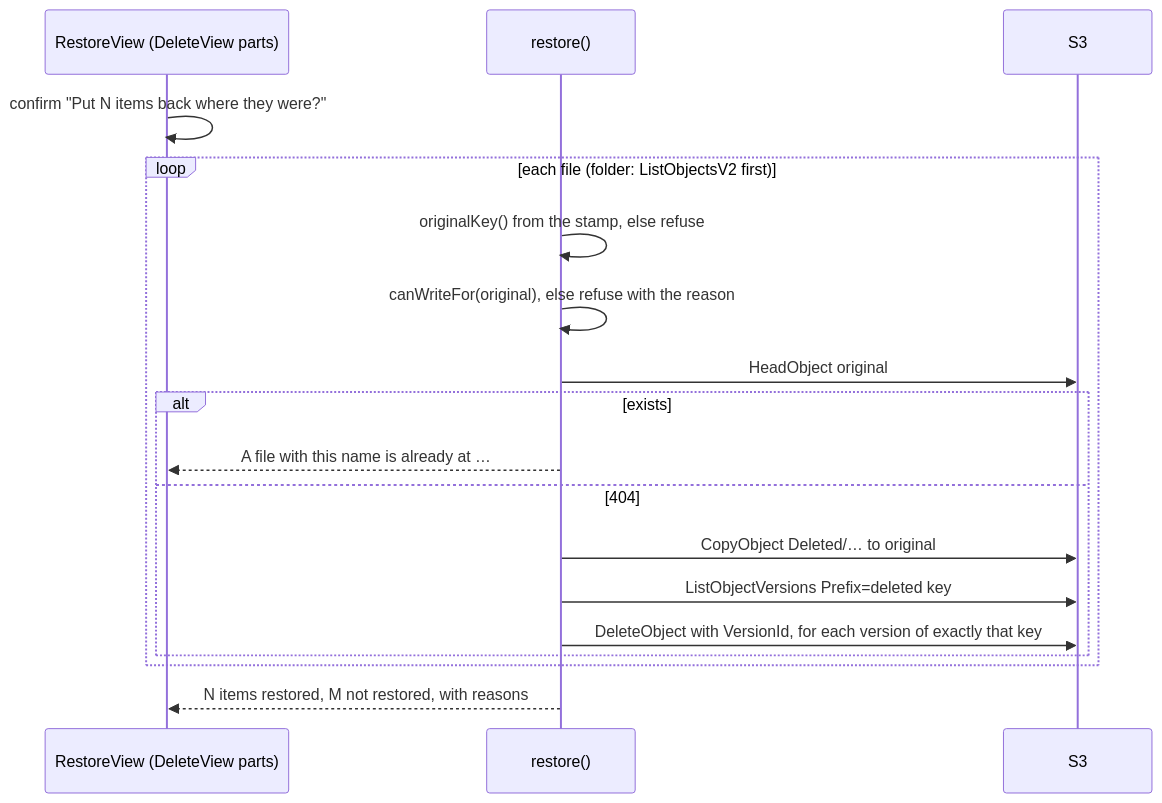
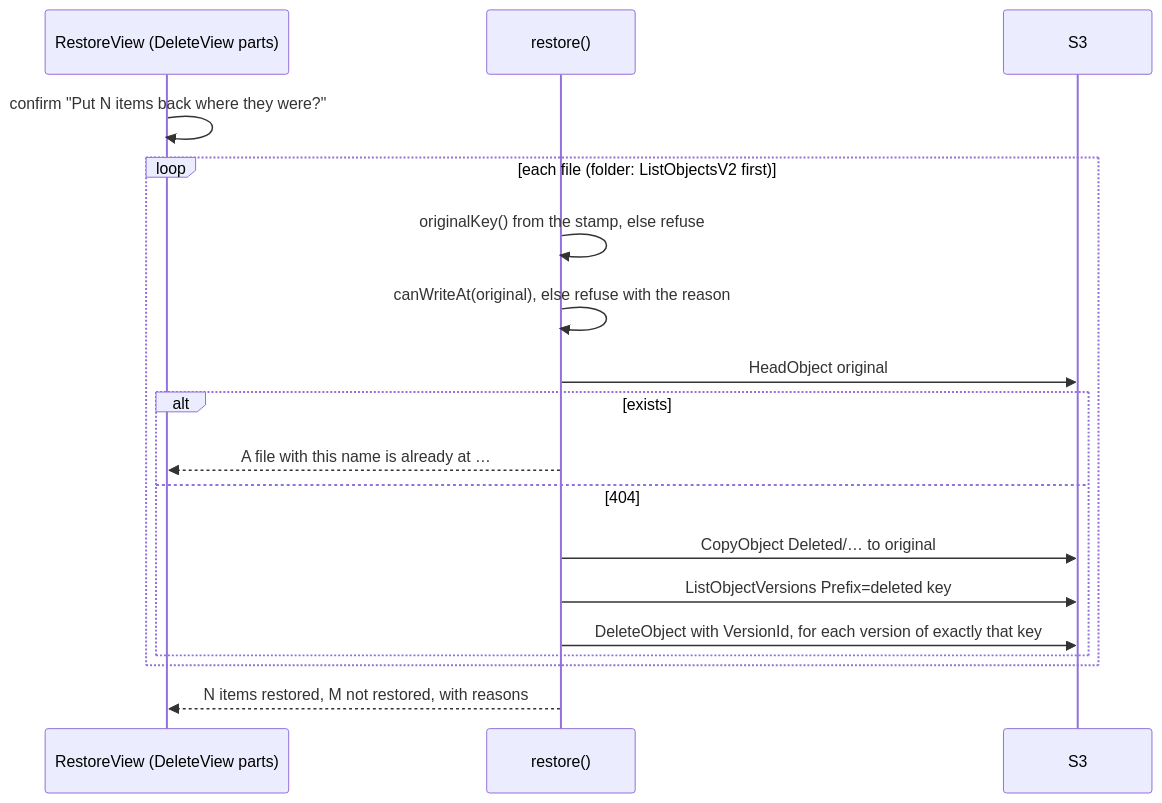
Before and after one commit to hualinh1012/personal-storage: the second of 4 diagrams in docs/features/deleted-folder.md, drawn with Mermaid. The commit also changed other lines of this file and 22 other files, not shown here.

````diff
--- a/docs/features/deleted-folder.md
+++ b/docs/features/deleted-folder.md
@@ -162,21 +162,21 @@
 ```mermaid
 sequenceDiagram
     participant RV as RestoreView (DeleteView parts)
     participant T as restore()
     participant S3
 
     RV->>RV: confirm "Put N items back where they were?"
     loop each file (folder: ListObjectsV2 first)
         T->>T: originalKey() from the stamp, else refuse
-        T->>T: canWriteFor(original), else refuse with the reason
+        T->>T: canWriteAt(original), else refuse with the reason
         T->>S3: HeadObject original
         alt exists
             T-->>RV: A file with this name is already at …
         else 404
             T->>S3: CopyObject Deleted/… to original
             T->>S3: ListObjectVersions Prefix=deleted key
             T->>S3: DeleteObject with VersionId, for each version of exactly that key
         end
     end
     T-->>RV: N items restored, M not restored, with reasons
 ```
````
